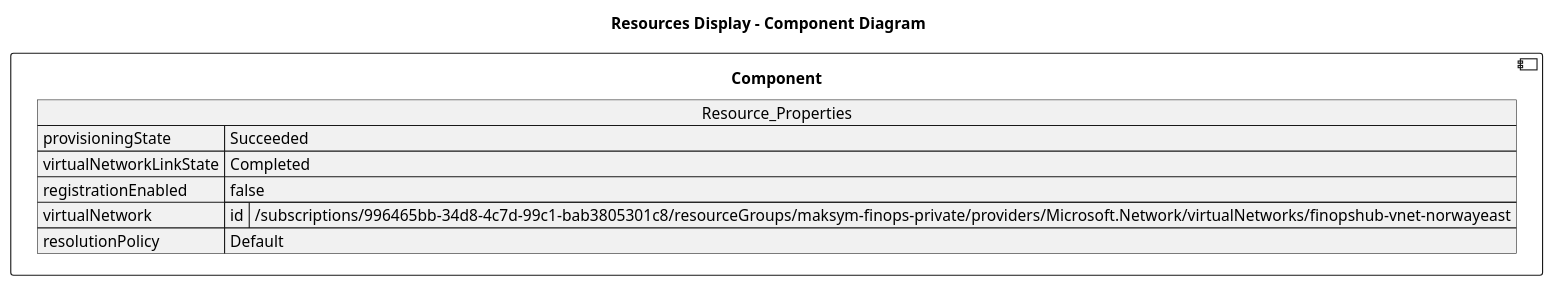
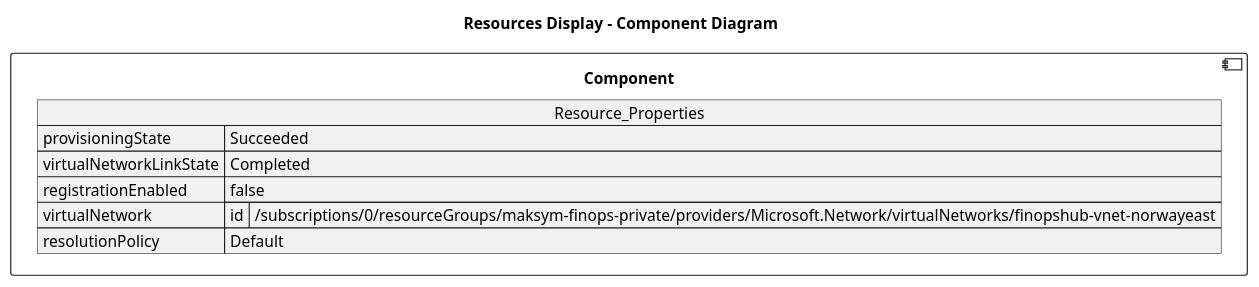
One commit to DanielAmpong/Test-Azure-architecture-diagram changed the diagram in architectureDesign/PUML/maksym-finops-private_Resources/privatelink-table-core-windows-net-link.puml. Above: the diagram before and after it, drawn with PlantUML. The commit also changed 321 other files, not shown here.

```diff
--- a/architectureDesign/PUML/maksym-finops-private_Resources/privatelink-table-core-windows-net-link.puml
+++ b/architectureDesign/PUML/maksym-finops-private_Resources/privatelink-table-core-windows-net-link.puml
@@ -1,17 +1,17 @@
 @startuml
 
 title Resources Display - Component Diagram
 
 component Component {
 
 json  Resource_Properties {
   "provisioningState": "Succeeded",
   "virtualNetworkLinkState": "Completed",
   "registrationEnabled": false,
   "virtualNetwork": {
-    "id": "/subscriptions/996465bb-34d8-4c7d-99c1-bab3805301c8/resourceGroups/maksym-finops-private/providers/Microsoft.Network/virtualNetworks/finopshub-vnet-norwayeast"
+    "id": "/subscriptions/0/resourceGroups/maksym-finops-private/providers/Microsoft.Network/virtualNetworks/finopshub-vnet-norwayeast"
   },
   "resolutionPolicy": "Default"
 }
 }
 @enduml
```
